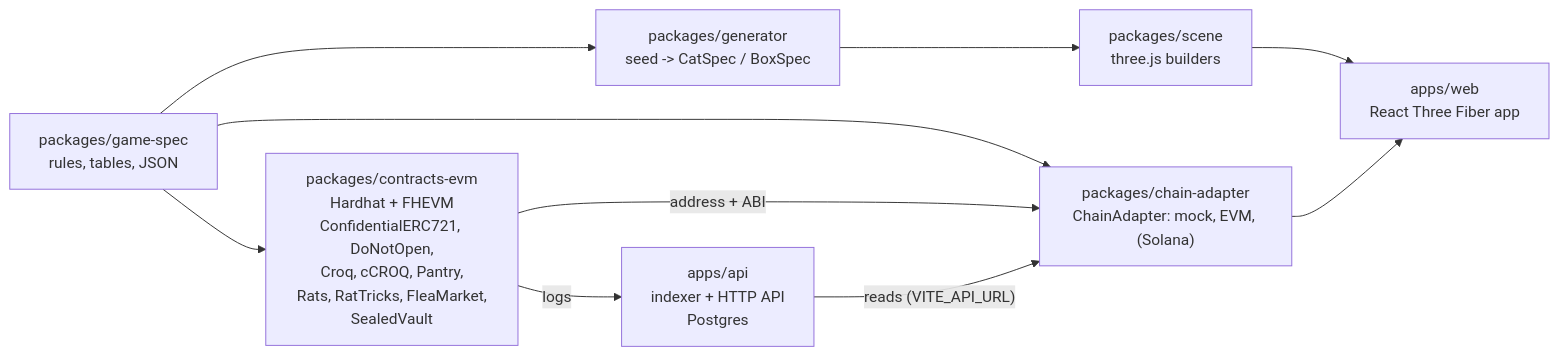
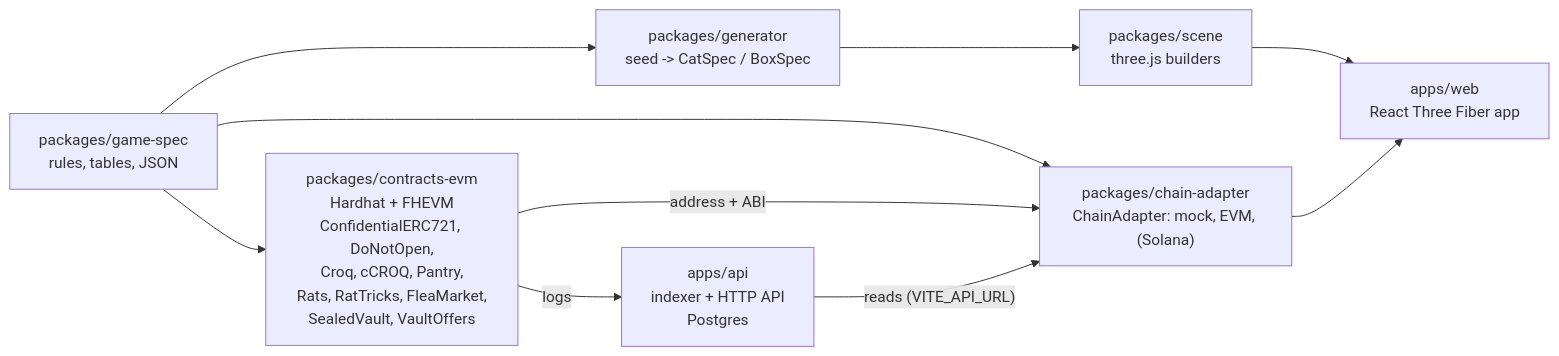
One commit to jecombe/do_not_open changed the first of 3 diagrams in README.md. Above: the diagram before and after it, drawn with Mermaid. The commit also changed other lines of this file and 65 other files, not shown here.

````diff
--- a/README.md
+++ b/README.md
@@ -55,16 +55,16 @@
 ```mermaid
 flowchart LR
   spec["packages/game-spec<br/>rules, tables, JSON"]
   gen["packages/generator<br/>seed -> CatSpec / BoxSpec"]
   scene["packages/scene<br/>three.js builders"]
   web["apps/web<br/>React Three Fiber app"]
-  evm["packages/contracts-evm<br/>Hardhat + FHEVM<br/>ConfidentialERC721, DoNotOpen,<br/>Croq, cCROQ, Pantry,<br/>Rats, RatTricks, FleaMarket,<br/>SealedVault"]
+  evm["packages/contracts-evm<br/>Hardhat + FHEVM<br/>ConfidentialERC721, DoNotOpen,<br/>Croq, cCROQ, Pantry,<br/>Rats, RatTricks, FleaMarket,<br/>SealedVault, VaultOffers"]
   adapter["packages/chain-adapter<br/>ChainAdapter: mock, EVM, (Solana)"]
   api["apps/api<br/>indexer + HTTP API<br/>Postgres"]
 
   spec --> gen --> scene --> web
   spec --> evm
   spec --> adapter
   evm -- address + ABI --> adapter --> web
   evm -- logs --> api -- "reads (VITE_API_URL)" --> adapter
 ```
````
